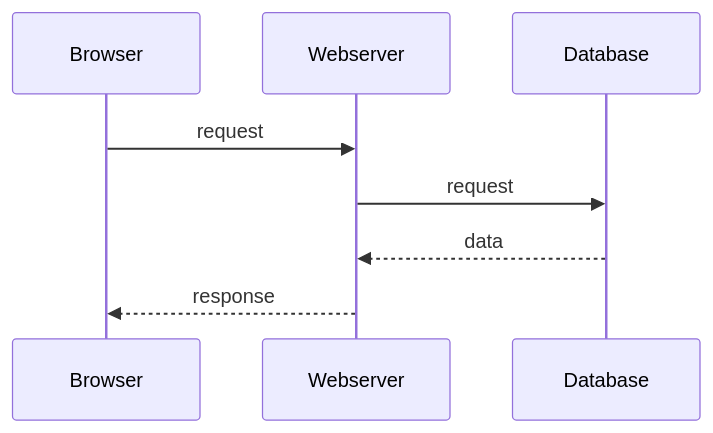
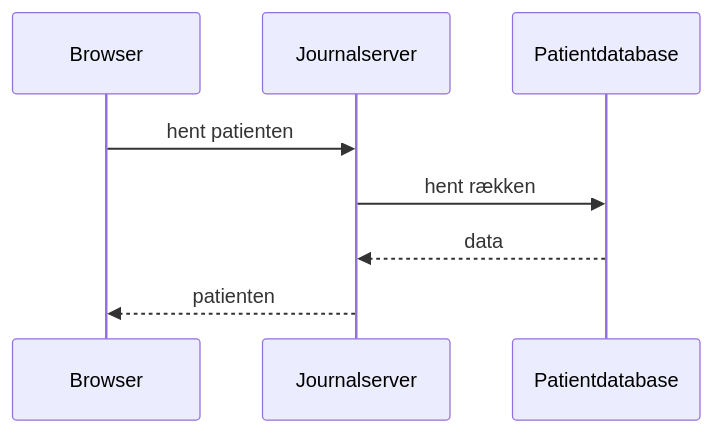
The second of 6 diagrams in lektion11/forelaesning.md (cbudtz/IT3E26), drawn with Mermaid before and after one commit. The commit also changed other lines of this file and 6 other files, not shown here.

First line of the commit message:
docs(lektion11): refine lesson materials and exercises for client-server architecture

````diff
--- a/lektion11/forelaesning.md
+++ b/lektion11/forelaesning.md
@@ -59,10 +58,10 @@
 ```mermaid
 sequenceDiagram
   participant Browser
-  participant Webserver
-  participant Database
-  Browser->>Webserver: request
-  Webserver->>Database: request
-  Database-->>Webserver: data
-  Webserver-->>Browser: response
+  participant Journalserver
+  participant Patientdatabase
+  Browser->>Journalserver: hent patienten
+  Journalserver->>Patientdatabase: hent rækken
+  Patientdatabase-->>Journalserver: data
+  Journalserver-->>Browser: patienten
 ```
````
